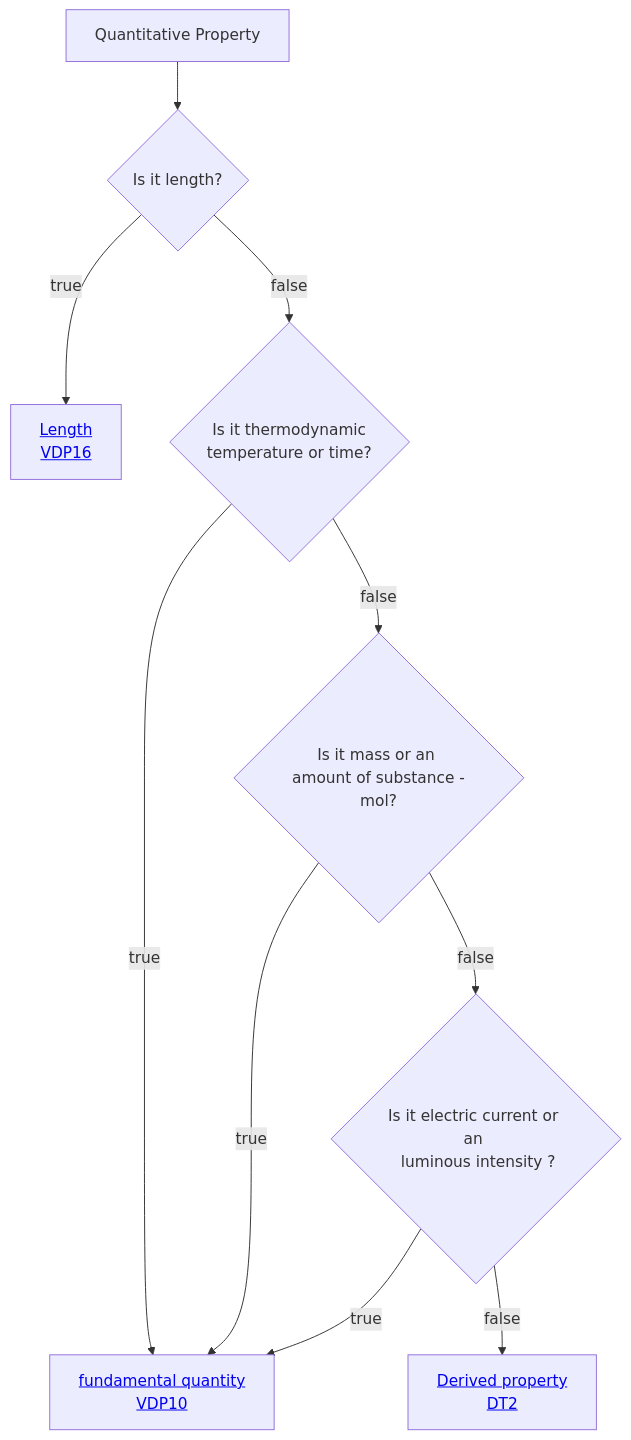
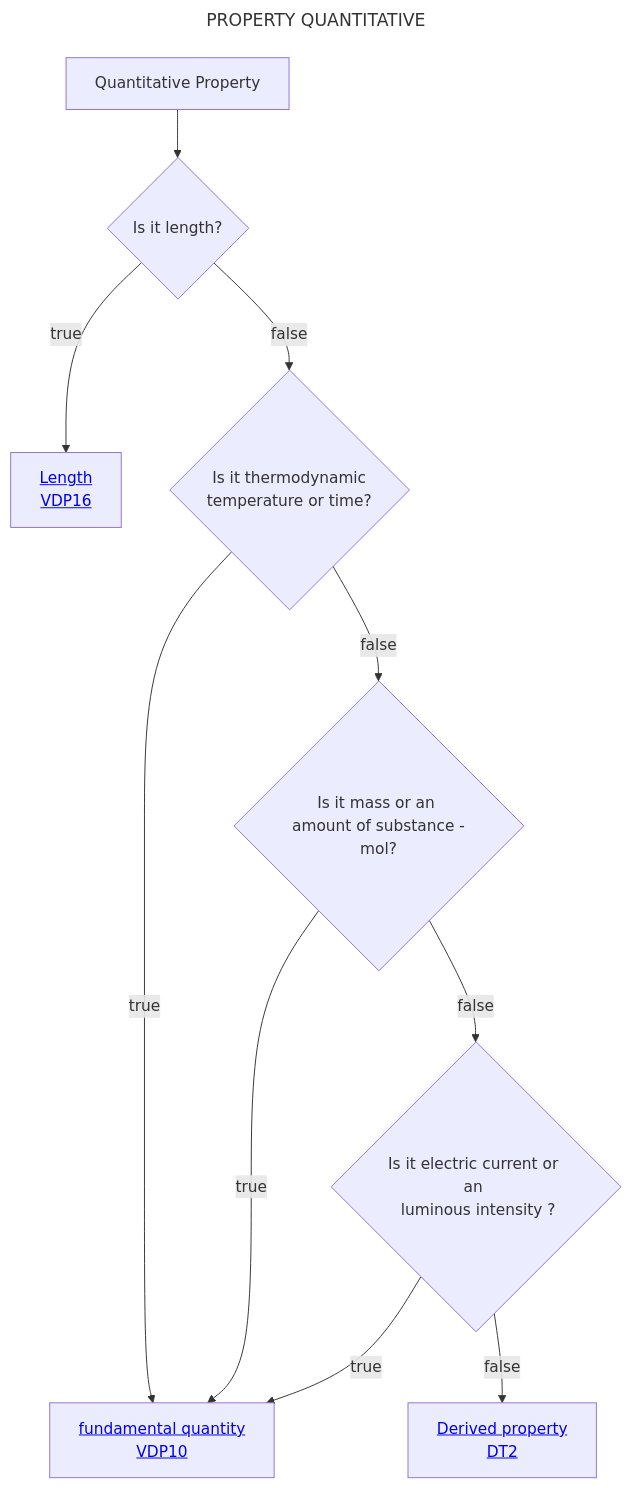
Before and after one commit to mabablue/I-ADOPT-patterns-playground: the diagram in Decisition_trees/DT1.mmd, drawn with Mermaid.

```diff
--- a/Decisition_trees/DT1.mmd
+++ b/Decisition_trees/DT1.mmd
@@ -1,10 +1,13 @@
+---
+title: PROPERTY QUANTITATIVE
+---
 flowchart TD
     A[Quantitative Property] --> C{Is it length?}
     C --> |true|E[<a href='https://github.com/mabablue/I-ADOPT-patterns-playground/blob/main/pattern/VDP16.yaml'>Length <br> VDP16</a>] 
     C --> |false|F{Is it thermodynamic <br> temperature or time?}
     F --> |true|G[<a href='https://github.com/mabablue/I-ADOPT-patterns-playground/blob/main/pattern/VDP10.yaml'>fundamental quantity <br> VDP10</a>] 
     F --> |false|H{Is it mass or an <br> amount of substance - mol?}
     H --> |true|G
     H --> |false|K{Is it electric current or an <br> luminous intensity ?}
     K --> |true|G
     K --> |false|M[<a href='https://github.com/mabablue/I-ADOPT-patterns-playground/blob/main/Decisition_trees/DT2.mmd'>Derived property <br> DT2</a>] 
```
